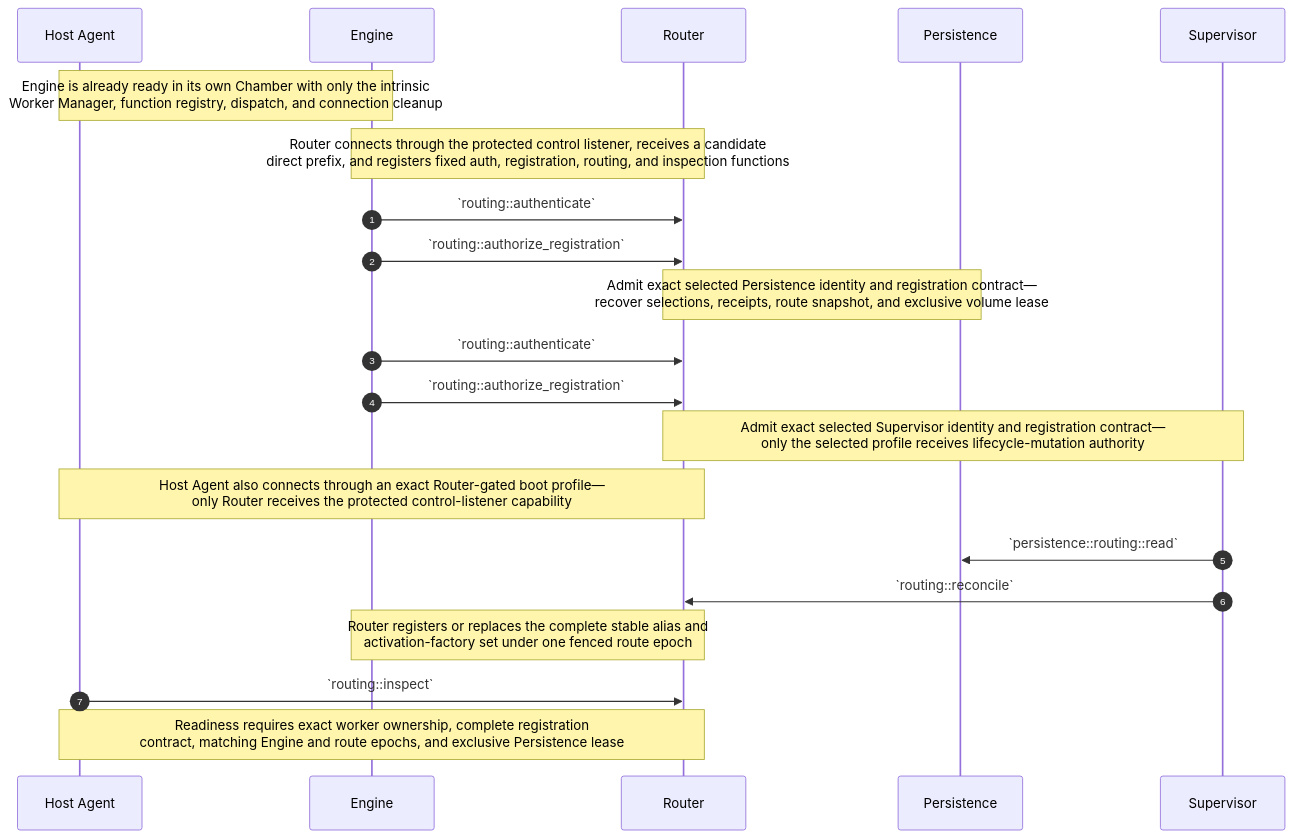
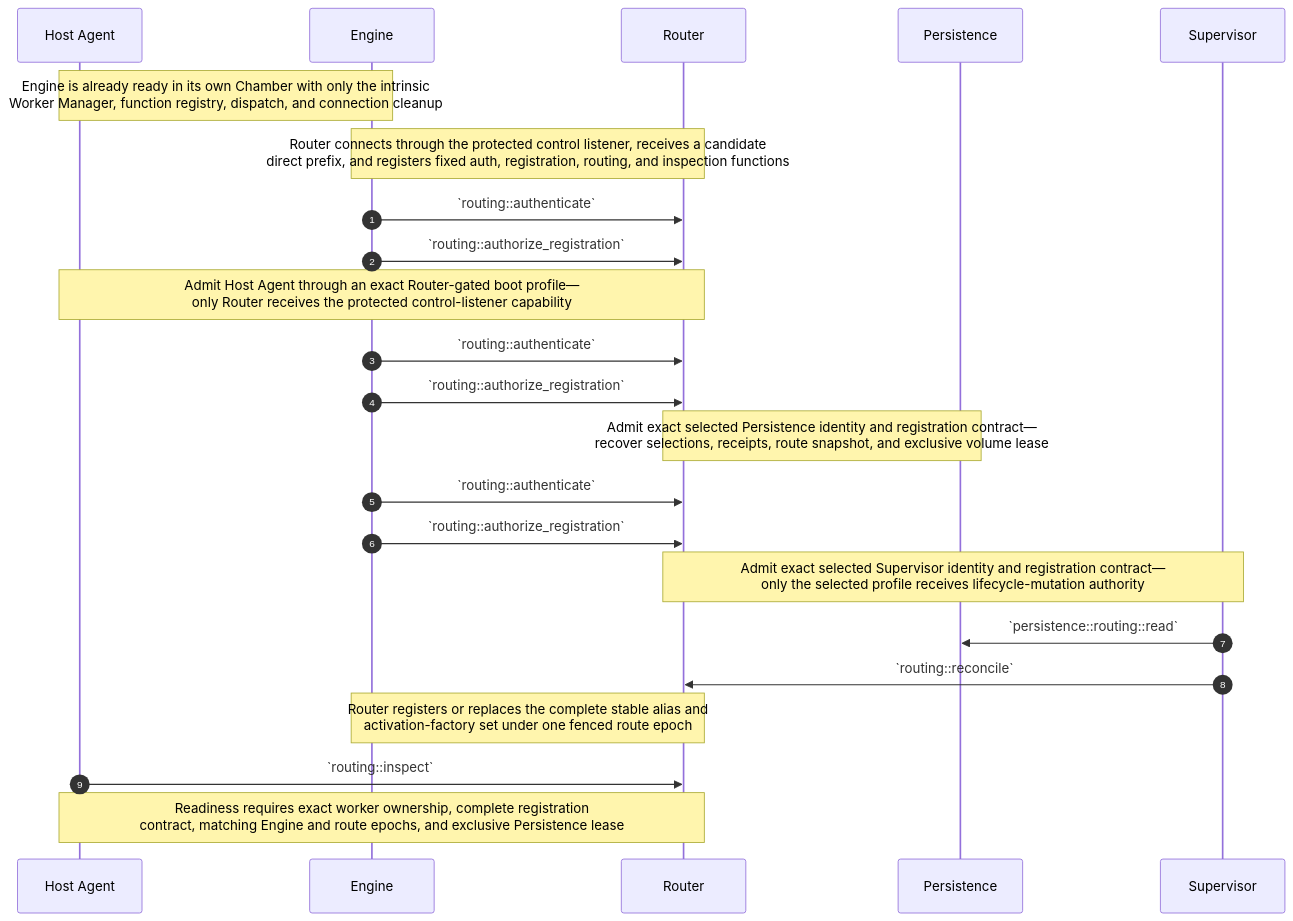
The fifth of 15 diagrams in source/chambers-lifecycle-sequences.md (dreamcatcher-tech/chambers-lifecycle-explorer), drawn with Mermaid before and after one commit. The commit also changed other lines of this file and 4 other files, not shown here.

Commit message:
Publish boot control handover retention

````diff
--- a/source/chambers-lifecycle-sequences.md
+++ b/source/chambers-lifecycle-sequences.md
@@ -890,24 +897,26 @@
 ```mermaid
 sequenceDiagram
     autonumber
     participant HostAgent as Host Agent
     participant Engine
     participant Router as Router
     participant Persistence
     participant Supervisor
 
     Note over HostAgent,Engine: Engine is already ready in its own Chamber with only the intrinsic<br/>Worker Manager, function registry, dispatch, and connection cleanup
     Note over Engine,Router: Router connects through the protected control listener, receives a candidate<br/>direct prefix, and registers fixed auth, registration, routing, and inspection functions
     Engine->>Router: `routing::authenticate`
     Engine->>Router: `routing::authorize_registration`
+    Note over HostAgent,Router: Admit Host Agent through an exact Router-gated boot profile—<br/>only Router receives the protected control-listener capability
+    Engine->>Router: `routing::authenticate`
+    Engine->>Router: `routing::authorize_registration`
     Note over Router,Persistence: Admit exact selected Persistence identity and registration contract—<br/>recover selections, receipts, route snapshot, and exclusive volume lease
     Engine->>Router: `routing::authenticate`
     Engine->>Router: `routing::authorize_registration`
     Note over Router,Supervisor: Admit exact selected Supervisor identity and registration contract—<br/>only the selected profile receives lifecycle-mutation authority
-    Note over HostAgent,Router: Host Agent also connects through an exact Router-gated boot profile—<br/>only Router receives the protected control-listener capability
     Supervisor->>Persistence: `persistence::routing::read`
     Supervisor->>Router: `routing::reconcile`
     Note over Router,Engine: Router registers or replaces the complete stable alias and<br/>activation-factory set under one fenced route epoch
     HostAgent->>Router: `routing::inspect`
     Note over HostAgent,Router: Readiness requires exact worker ownership, complete registration<br/>contract, matching Engine and route epochs, and exclusive Persistence lease
 ```
````
